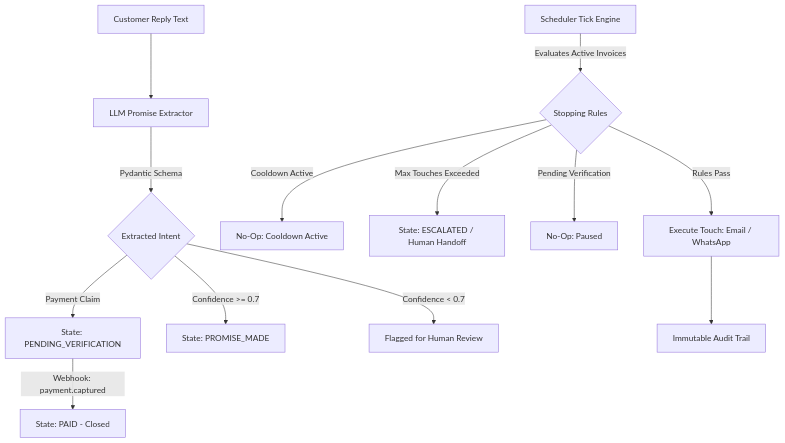
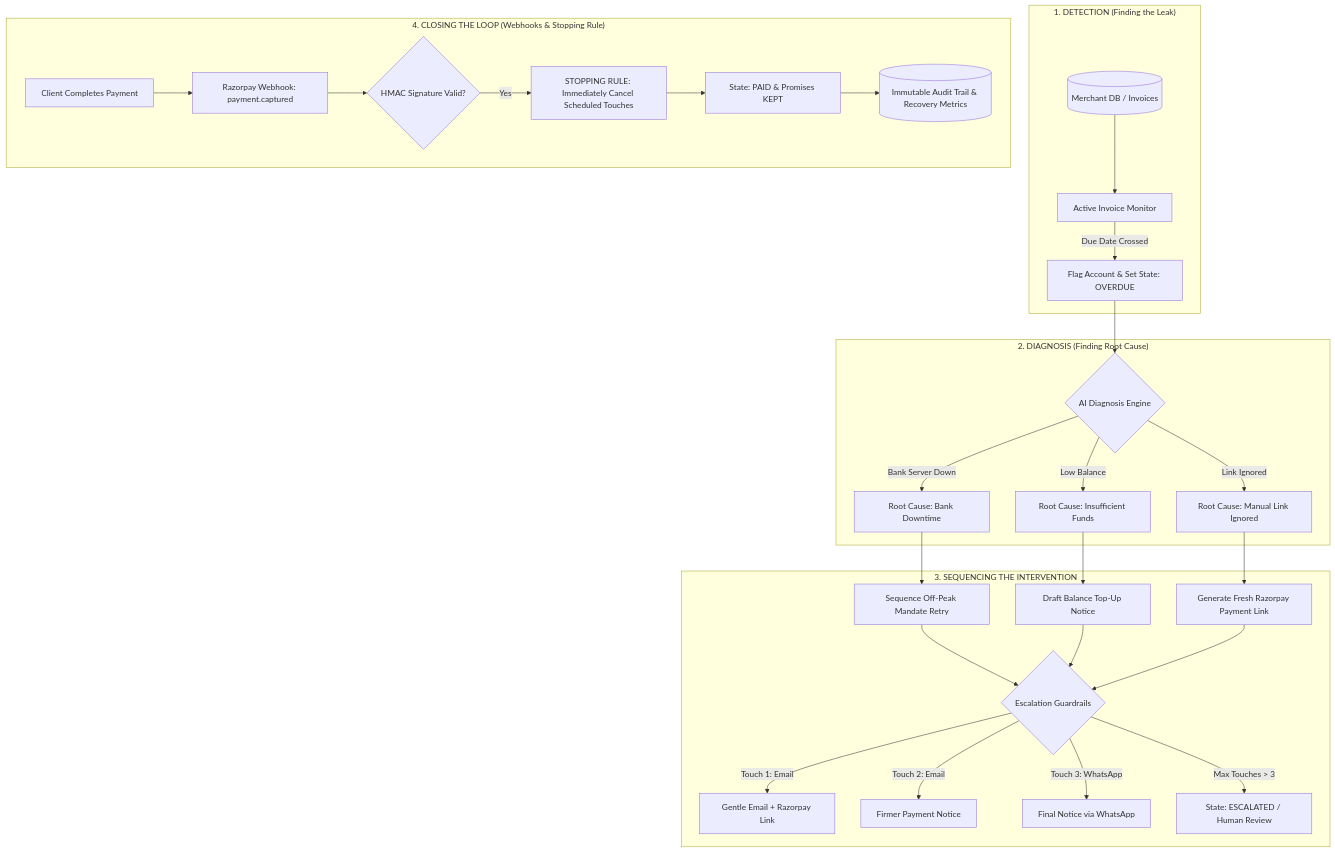
Before and after one commit to satyamadhav9104/promise-to-pay-tracker: the diagram in README.md, drawn with Mermaid. The commit also changed other lines of this file, not shown here.

Commit message:
docs: add detailed operational workflow architecture to README.md

````diff
--- a/README.md
+++ b/README.md
@@ -21,19 +23,34 @@
 ```mermaid
 flowchart TD
-    CustomerReply[Customer Reply Text] --> LLMExtractor[LLM Promise Extractor]
-    LLMExtractor -->|Pydantic Schema| DecisionNode{Extracted Intent}
-    
-    DecisionNode -->|Payment Claim| PendingVerification[State: PENDING_VERIFICATION]
-    DecisionNode -->|Confidence >= 0.7| PromiseMade[State: PROMISE_MADE]
-    DecisionNode -->|Confidence < 0.7| HumanReview[Flagged for Human Review]
-    
-    PendingVerification -->|Webhook: payment.captured| PaidState[State: PAID - Closed]
-    
-    SchedulerTick[Scheduler Tick Engine] -->|Evaluates Active Invoices| RuleCheck{Stopping Rules}
-    RuleCheck -->|Cooldown Active| BlockCooldown[No-Op: Cooldown Active]
-    RuleCheck -->|Max Touches Exceeded| BlockCap[State: ESCALATED / Human Handoff]
-    RuleCheck -->|Pending Verification| BlockPause[No-Op: Paused]
-    RuleCheck -->|Rules Pass| EscalationLadder[Execute Touch: Email / WhatsApp]
-    
-    EscalationLadder --> ActionLog[Immutable Audit Trail]
+    subgraph PHASE1["1. DETECTION (Finding the Leak)"]
+        DB[(Merchant DB / Invoices)] --> Monitor[Active Invoice Monitor]
+        Monitor -->|Due Date Crossed| Flagged[Flag Account & Set State: OVERDUE]
+    end
+
+    subgraph PHASE2["2. DIAGNOSIS (Finding Root Cause)"]
+        Flagged --> DiagEngine{AI Diagnosis Engine}
+        DiagEngine -->|Bank Server Down| BankDowntime[Root Cause: Bank Downtime]
+        DiagEngine -->|Low Balance| InsufficientFunds[Root Cause: Insufficient Funds]
+        DiagEngine -->|Link Ignored| ManualIgnored[Root Cause: Manual Link Ignored]
+    end
+
+    subgraph PHASE3["3. SEQUENCING THE INTERVENTION"]
+        BankDowntime --> RetrySeq[Sequence Off-Peak Mandate Retry]
+        InsufficientFunds --> SoftReminder[Draft Balance Top-Up Notice]
+        ManualIgnored --> RazorpayLink[Generate Fresh Razorpay Payment Link]
+        
+        RetrySeq & SoftReminder & RazorpayLink --> Ladder{Escalation Guardrails}
+        Ladder -->|Touch 1: Email| Touch1[Gentle Email + Razorpay Link]
+        Ladder -->|Touch 2: Email| Touch2[Firmer Payment Notice]
+        Ladder -->|Touch 3: WhatsApp| Touch3[Final Notice via WhatsApp]
+        Ladder -->|Max Touches > 3| Escalated[State: ESCALATED / Human Review]
+    end
+
+    subgraph PHASE4["4. CLOSING THE LOOP (Webhooks & Stopping Rule)"]
+        ClientPaid[Client Completes Payment] --> RazorpayWebhook[Razorpay Webhook: payment.captured]
+        RazorpayWebhook --> HMACCheck{HMAC Signature Valid?}
+        HMACCheck -->|Yes| StoppingRule[STOPPING RULE: Immediately Cancel Scheduled Touches]
+        StoppingRule --> UpdatePaid[State: PAID & Promises KEPT]
+        UpdatePaid --> AuditLog[(Immutable Audit Trail & Recovery Metrics)]
+    end
 ```
````
